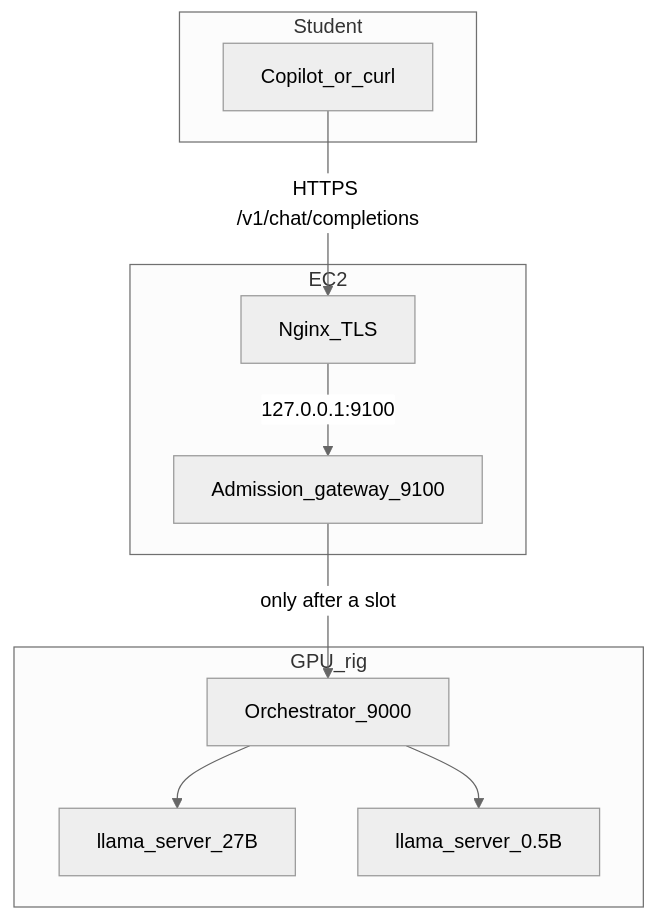
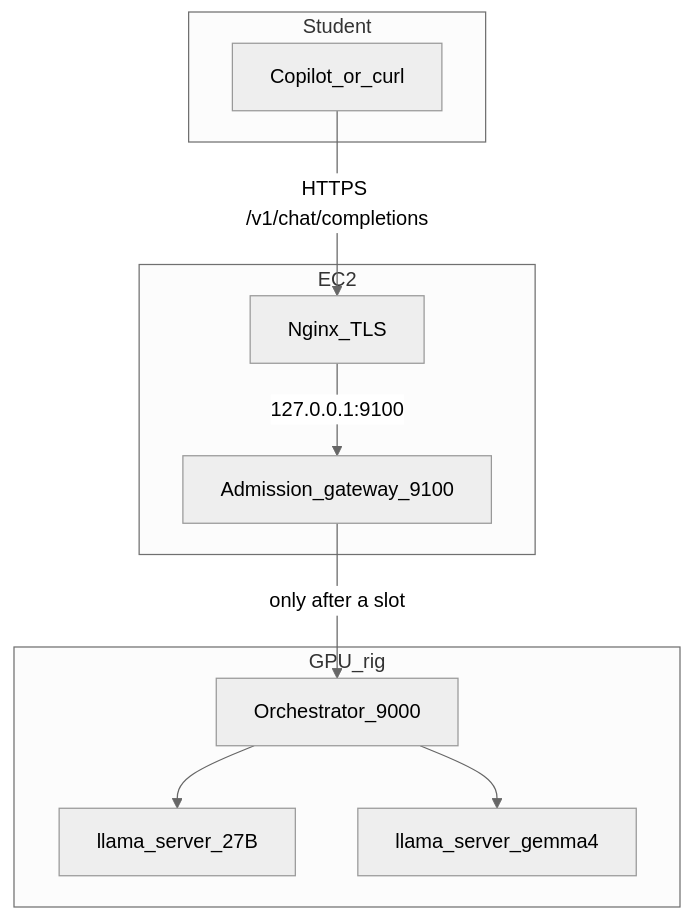
Before and after one commit to Open-Coding-Society/OCS-Intelligence: the first of 2 diagrams in docs/architecture/gateway.md, drawn with Mermaid (neutral theme). The commit also changed other lines of this file and 19 other files, not shown here.

````diff
--- a/docs/architecture/gateway.md
+++ b/docs/architecture/gateway.md
@@ -86,20 +86,20 @@
 ```mermaid
 flowchart TB
     subgraph student [Student]
         Copilot[Copilot_or_curl]
     end
     subgraph ec2 [EC2]
         Nginx[Nginx_TLS]
         Gw[Admission_gateway_9100]
     end
     subgraph rig [GPU_rig]
         Orch[Orchestrator_9000]
         A[llama_server_27B]
-        B[llama_server_0.5B]
+        B[llama_server_gemma4]
     end
     Copilot -->|"HTTPS /v1/chat/completions"| Nginx
     Nginx -->|"127.0.0.1:9100"| Gw
     Gw -->|"only after a slot"| Orch
     Orch --> A
     Orch --> B
 ```
````
